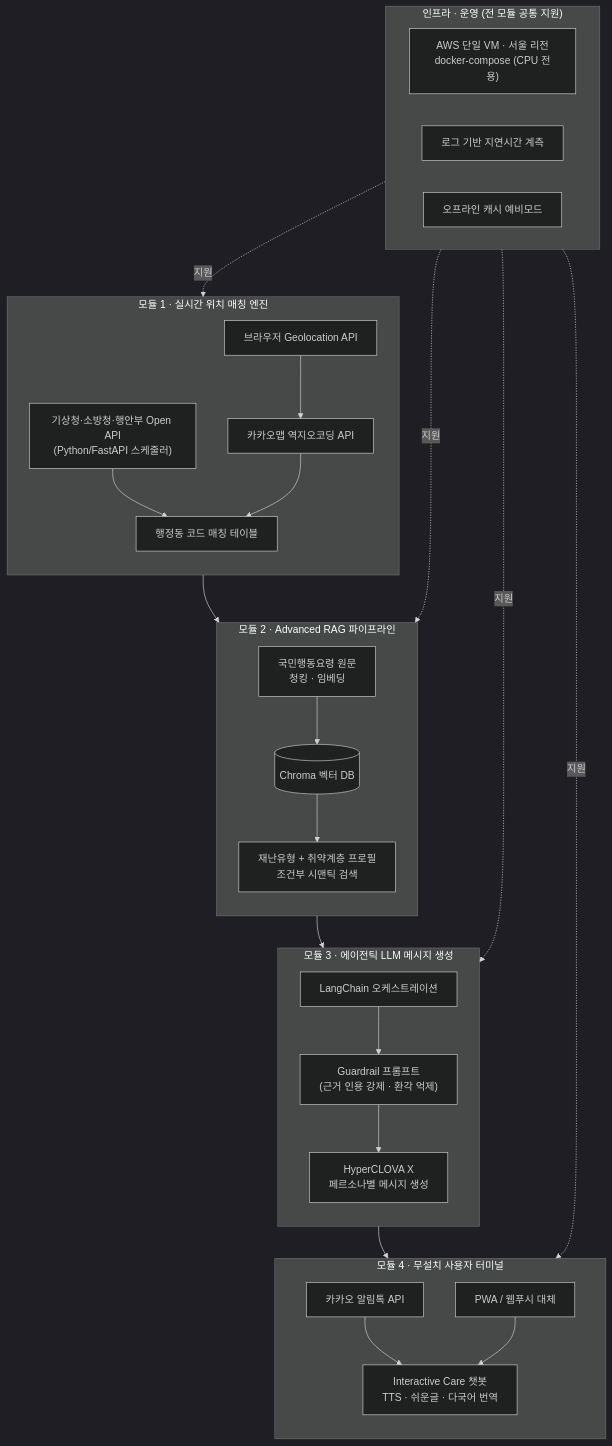
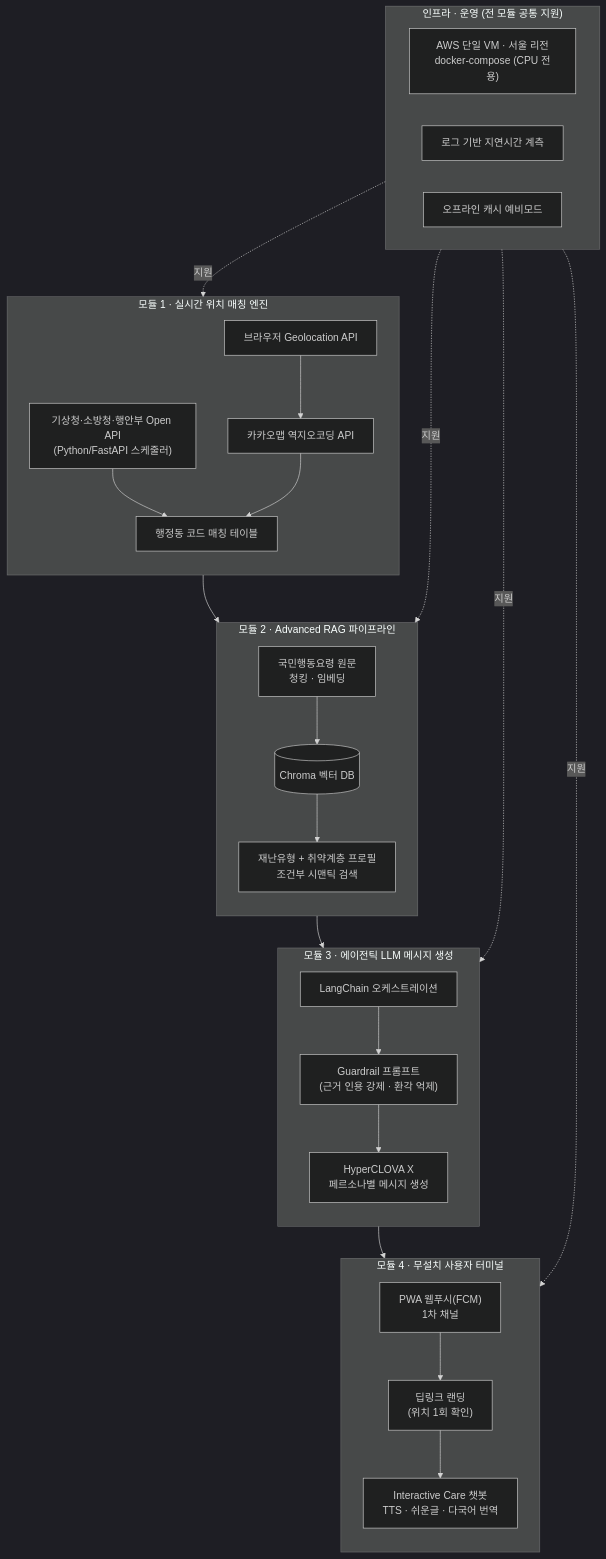
One commit to team-savers/savers-project changed the second of 4 diagrams in docs/공통_가이드/아키텍처.md. Above: the diagram before and after it, drawn with Mermaid (dark theme). The commit also changed other lines of this file and 6 other files, not shown here.

````diff
--- a/docs/공통_가이드/아키텍처.md
+++ b/docs/공통_가이드/아키텍처.md
@@ -28,52 +37,51 @@
 ```mermaid
 flowchart TB
     subgraph M1["모듈 1 · 실시간 위치 매칭 엔진"]
         direction TB
         M1a["기상청·소방청·행안부 Open API<br/>(Python/FastAPI 스케줄러)"]
         M1b["행정동 코드 매칭 테이블"]
         M1c["브라우저 Geolocation API"]
         M1d["카카오맵 역지오코딩 API"]
         M1a --> M1b
         M1c --> M1d --> M1b
     end
 
     subgraph M2["모듈 2 · Advanced RAG 파이프라인"]
         direction TB
         M2a["국민행동요령 원문<br/>청킹 · 임베딩"]
         M2b[("Chroma 벡터 DB")]
         M2c["재난유형 + 취약계층 프로필<br/>조건부 시맨틱 검색"]
         M2a --> M2b --> M2c
     end
 
     subgraph M3["모듈 3 · 에이전틱 LLM 메시지 생성"]
         direction TB
         M3a["LangChain 오케스트레이션"]
         M3b["Guardrail 프롬프트<br/>(근거 인용 강제 · 환각 억제)"]
         M3c["HyperCLOVA X<br/>페르소나별 메시지 생성"]
         M3a --> M3b --> M3c
     end
 
     subgraph M4["모듈 4 · 무설치 사용자 터미널"]
         direction TB
-        M4a["카카오 알림톡 API"]
-        M4b["PWA / 웹푸시 대체"]
+        M4a["PWA 웹푸시(FCM)<br/>1차 채널"]
+        M4b["딥링크 랜딩<br/>(위치 1회 확인)"]
         M4c["Interactive Care 챗봇<br/>TTS · 쉬운글 · 다국어 번역"]
-        M4a --> M4c
-        M4b --> M4c
+        M4a --> M4b --> M4c
     end
 
     subgraph INFRA["인프라 · 운영 (전 모듈 공통 지원)"]
         direction LR
         I1["AWS 단일 VM · 서울 리전<br/>docker-compose (CPU 전용)"]
         I2["로그 기반 지연시간 계측"]
         I3["오프라인 캐시 예비모드"]
     end
 
     M1 --> M2
     M2 --> M3
     M3 --> M4
     INFRA -.지원.-> M1
     INFRA -.지원.-> M2
     INFRA -.지원.-> M3
     INFRA -.지원.-> M4
 ```
````
